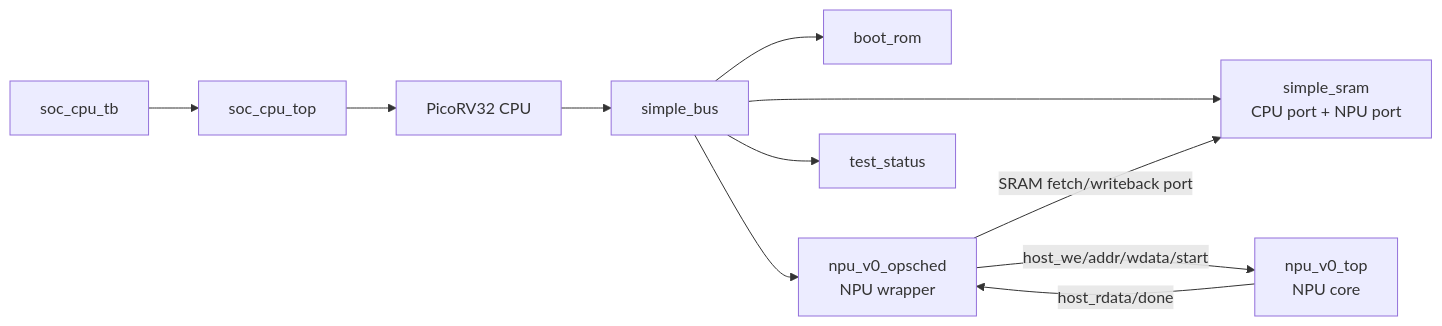
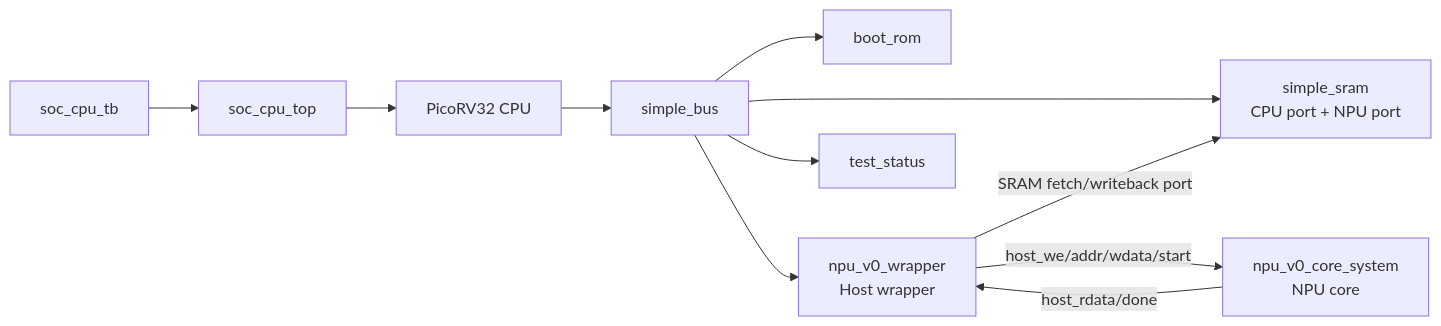
The diagram in docs/architecture.md (randy-chiu/npu_arch_design), drawn with Mermaid before and after one commit. The commit also changed other lines of this file and 48 other files, not shown here.

````diff
--- a/docs/architecture.md
+++ b/docs/architecture.md
@@ -54,23 +55,23 @@
 ```mermaid
 flowchart LR
     TB["soc_cpu_tb"]
     TOP["soc_cpu_top"]
     CPU["PicoRV32 CPU"]
     BUS["simple_bus"]
     ROM["boot_rom"]
     SRAM["simple_sram<br/>CPU port + NPU port"]
-    WRAP["npu_v0_opsched<br/>NPU wrapper"]
-    CORE["npu_v0_top<br/>NPU core"]
+    WRAP["npu_v0_wrapper<br/>Host wrapper"]
+    CORE["npu_v0_core_system<br/>NPU core"]
     STATUS["test_status"]
 
     TB --> TOP
     TOP --> CPU
     CPU --> BUS
     BUS --> ROM
     BUS --> SRAM
     BUS --> WRAP
     BUS --> STATUS
     WRAP -->|"SRAM fetch/writeback port"| SRAM
     WRAP -->|"host_we/addr/wdata/start"| CORE
     CORE -->|"host_rdata/done"| WRAP
 ```
````
